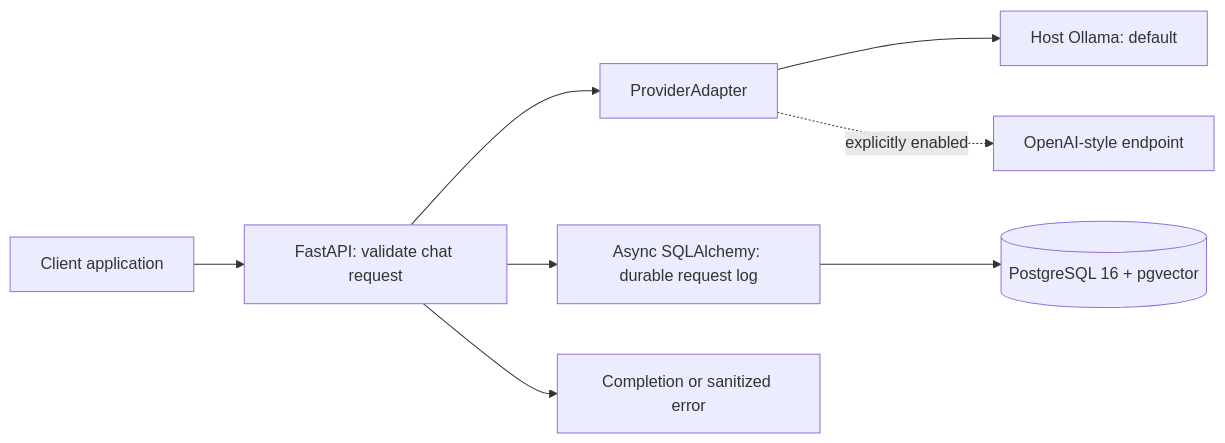
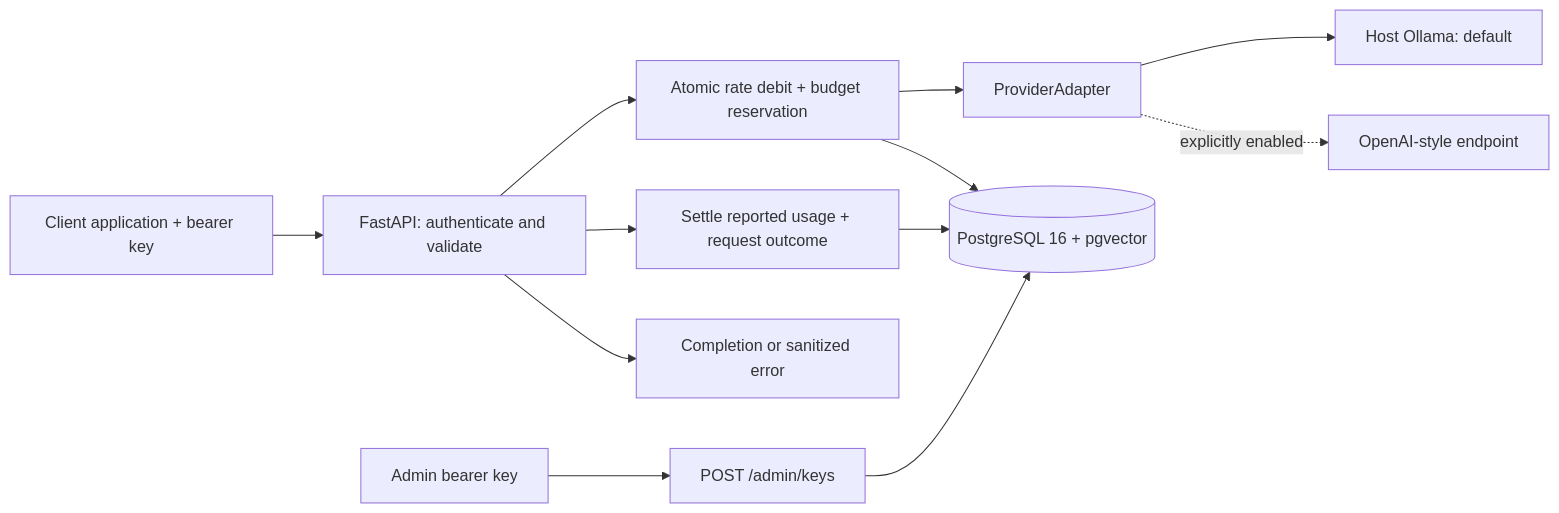
Before and after one commit to shashankd06/LLM-Gateway: the diagram in README.md, drawn with Mermaid. The commit also changed other lines of this file and 31 other files, not shown here.

Commit message:
feat: add API keys and concurrent rate limiting

````diff
--- a/README.md
+++ b/README.md
@@ -14,10 +15,14 @@
 ```mermaid
 flowchart LR
-    Client[Client application] --> API[FastAPI: validate chat request]
-    API --> Adapter[ProviderAdapter]
+    Client[Client application + bearer key] --> API[FastAPI: authenticate and validate]
+    API --> Limits[Atomic rate debit + budget reservation]
+    Limits --> Adapter[ProviderAdapter]
     Adapter --> Ollama[Host Ollama: default]
     Adapter -. explicitly enabled .-> Compatible[OpenAI-style endpoint]
-    API --> Logs[Async SQLAlchemy: durable request log]
+    Limits --> DB[(PostgreSQL 16 + pgvector)]
+    API --> Logs[Settle reported usage + request outcome]
     Logs --> DB[(PostgreSQL 16 + pgvector)]
+    Admin[Admin bearer key] --> Keys[POST /admin/keys]
+    Keys --> DB
     API --> Reply[Completion or sanitized error]
 ```
````
